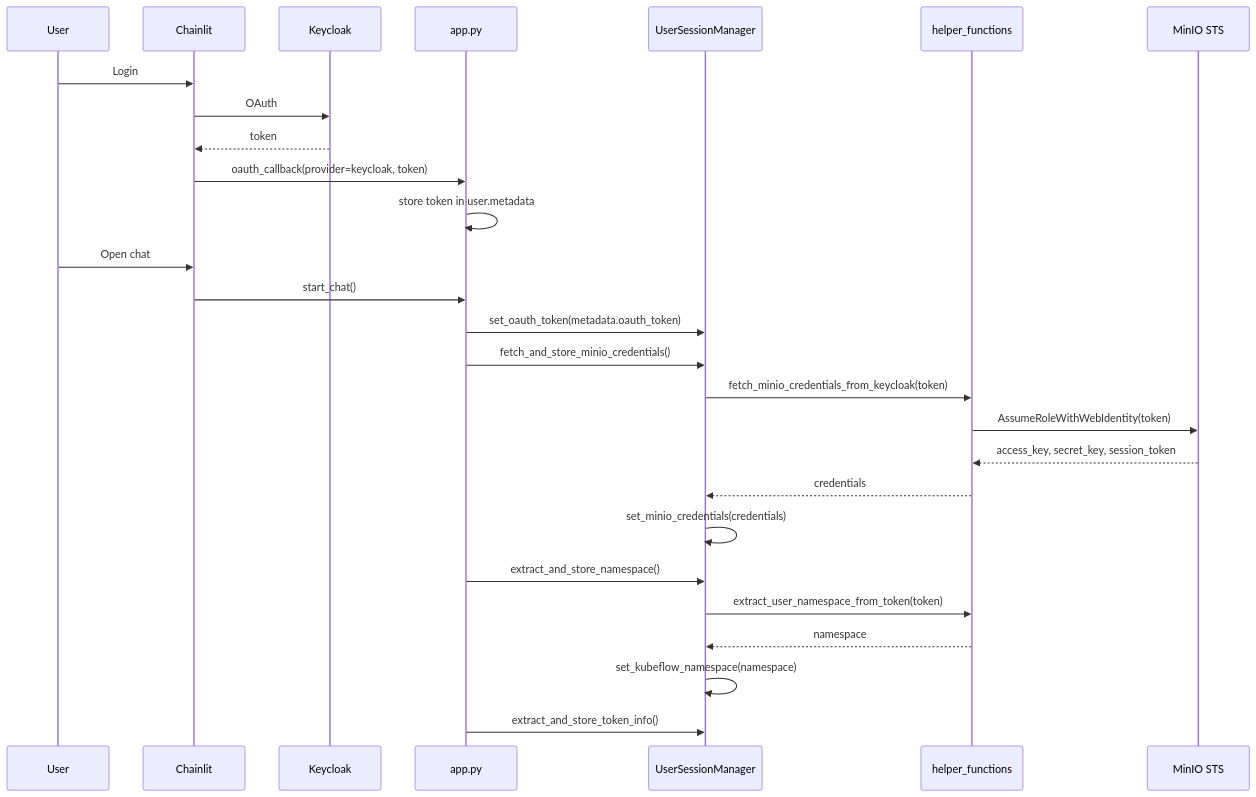
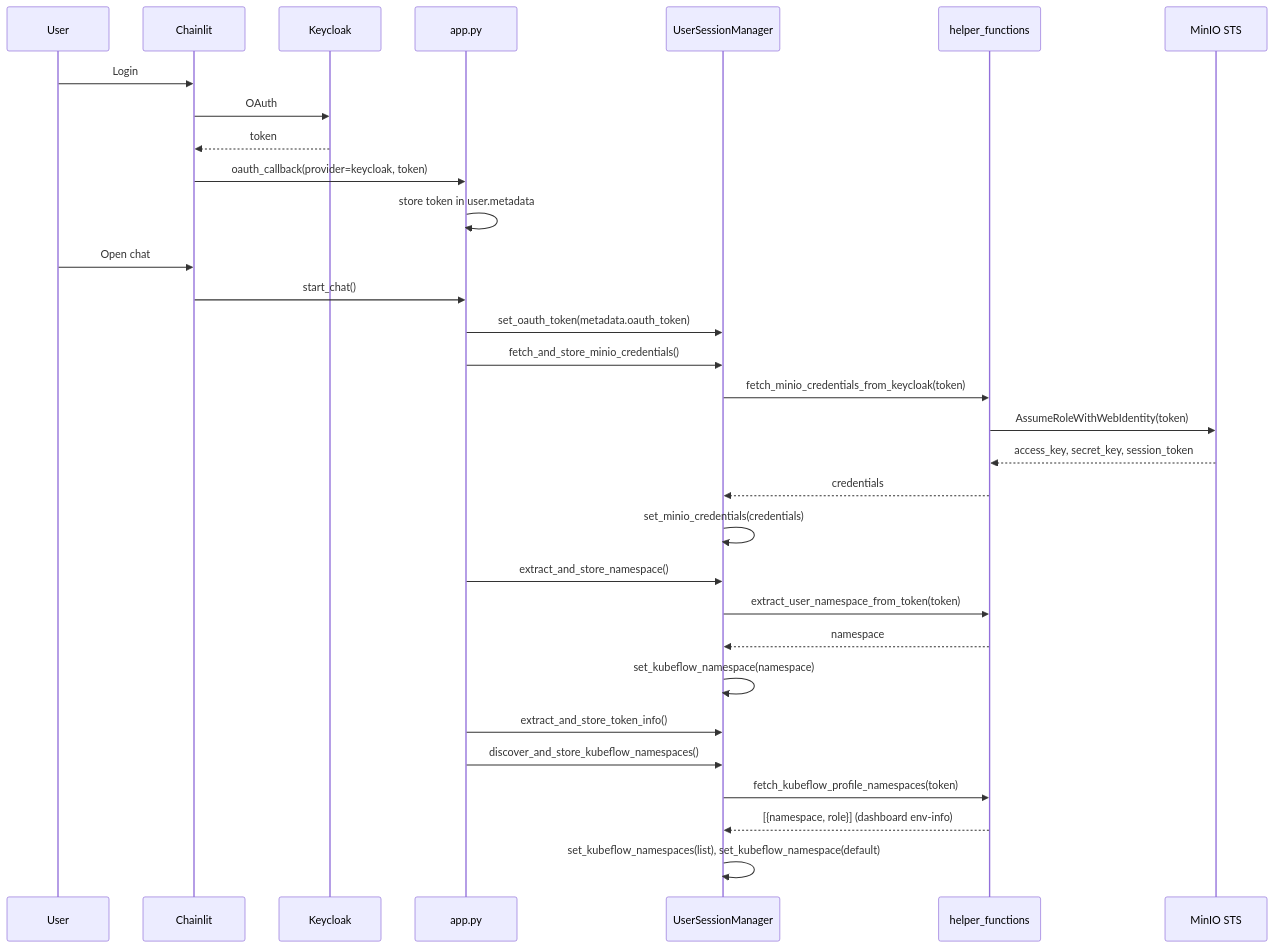
The diagram in docs/developers/04-session-and-auth.md (giorgosfatouros/humaine-swarm), drawn with Mermaid before and after one commit. The commit also changed other lines of this file and 11 other files, not shown here.

First line of the commit message:
fix(kubeflow): discover profile namespaces from dashboard env-info

````diff
--- a/docs/developers/04-session-and-auth.md
+++ b/docs/developers/04-session-and-auth.md
@@ -67,31 +81,35 @@
 ```mermaid
 sequenceDiagram
     participant User
     participant Chainlit
     participant Keycloak
     participant app_py as app.py
     participant Session as UserSessionManager
     participant Helpers as helper_functions
     participant MinIO_STS as MinIO STS
 
     User->>Chainlit: Login
     Chainlit->>Keycloak: OAuth
     Keycloak-->>Chainlit: token
     Chainlit->>app_py: oauth_callback(provider=keycloak, token)
     app_py->>app_py: store token in user.metadata
 
     User->>Chainlit: Open chat
     Chainlit->>app_py: start_chat()
     app_py->>Session: set_oauth_token(metadata.oauth_token)
     app_py->>Session: fetch_and_store_minio_credentials()
     Session->>Helpers: fetch_minio_credentials_from_keycloak(token)
     Helpers->>MinIO_STS: AssumeRoleWithWebIdentity(token)
     MinIO_STS-->>Helpers: access_key, secret_key, session_token
     Helpers-->>Session: credentials
     Session->>Session: set_minio_credentials(credentials)
     app_py->>Session: extract_and_store_namespace()
     Session->>Helpers: extract_user_namespace_from_token(token)
     Helpers-->>Session: namespace
     Session->>Session: set_kubeflow_namespace(namespace)
     app_py->>Session: extract_and_store_token_info()
+    app_py->>Session: discover_and_store_kubeflow_namespaces()
+    Session->>Helpers: fetch_kubeflow_profile_namespaces(token)
+    Helpers-->>Session: [{namespace, role}] (dashboard env-info)
+    Session->>Session: set_kubeflow_namespaces(list), set_kubeflow_namespace(default)
 ```
````
